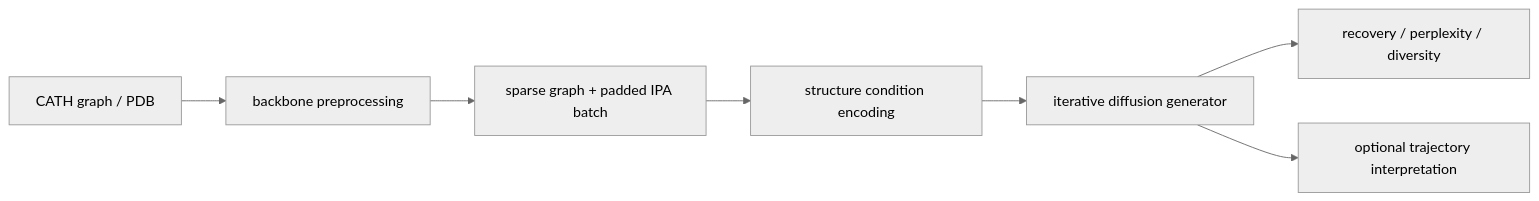
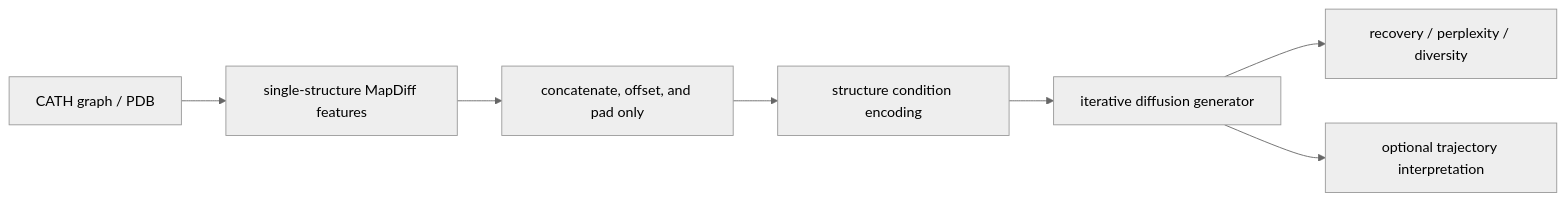
One commit to pykale/protein changed the third of 3 diagrams in docs/architecture.md. Above: the diagram before and after it, drawn with Mermaid (neutral theme). The commit also changed other lines of this file and 35 other files, not shown here.

Commit message:
Refactor MapDiff into a complete pipeline

````diff
--- a/docs/architecture.md
+++ b/docs/architecture.md
@@ -210,9 +212,9 @@
 ```mermaid
 flowchart LR
-    INPUT["CATH graph / PDB"] --> PREP["backbone preprocessing"]
-    PREP --> COLLATE["sparse graph + padded IPA batch"]
+    INPUT["CATH graph / PDB"] --> PREP["single-structure MapDiff features"]
+    PREP --> COLLATE["concatenate, offset, and pad only"]
     COLLATE --> CONDITION["structure condition encoding"]
     CONDITION --> GENERATE["iterative diffusion generator"]
     GENERATE --> METRICS["recovery / perplexity / diversity"]
     GENERATE --> TRAJECTORY["optional trajectory interpretation"]
 ```
````
